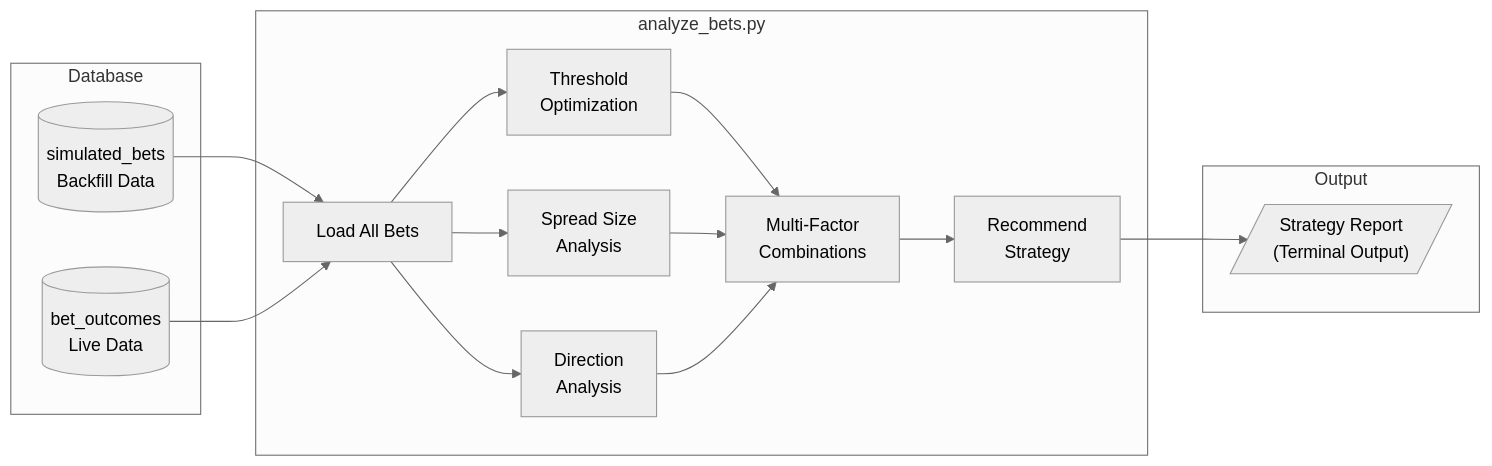
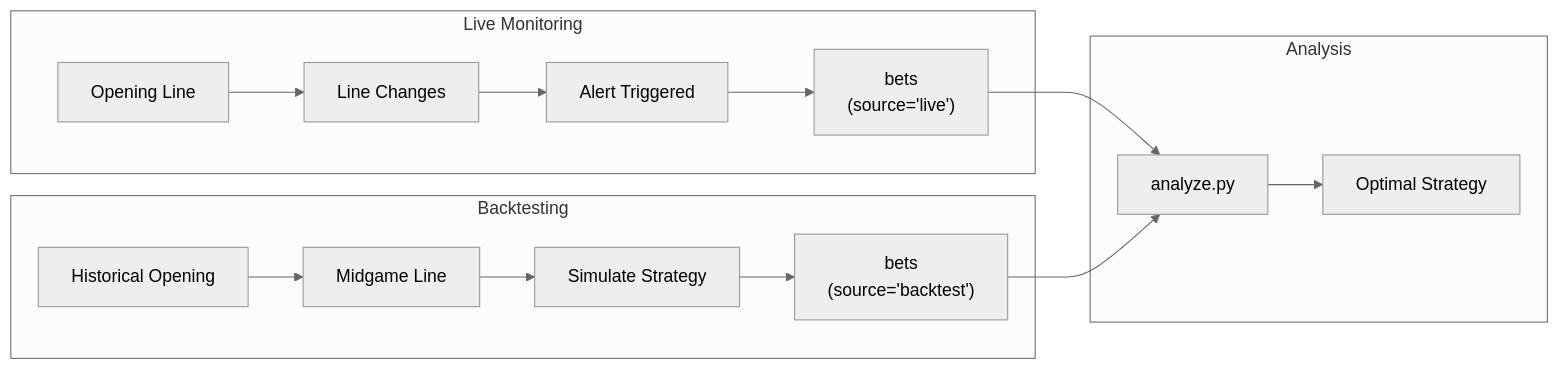
One commit to jordangalexander/live-odds-monitor changed the second of 3 diagrams in docs/database/data-flow.md. Above: the diagram before and after it, drawn with Mermaid (neutral theme). The commit also changed other lines of this file and 8 other files, not shown here.

````diff
--- a/docs/database/data-flow.md
+++ b/docs/database/data-flow.md
@@ -119,31 +46,20 @@
 ```mermaid
 flowchart LR
-    subgraph Database
-        SB[(simulated_bets\nBackfill Data)]
-        BO[(bet_outcomes\nLive Data)]
+    subgraph Live["Live Monitoring"]
+        LO[Opening Line] --> LC[Line Changes]
+        LC --> LA[Alert Triggered]
+        LA --> LB["bets\n(source='live')"]
     end
-
-    subgraph Analysis["analyze_bets.py"]
-        LOAD[Load All Bets]
-        TH[Threshold\nOptimization]
-        SS[Spread Size\nAnalysis]
-        DIR[Direction\nAnalysis]
-        MF[Multi-Factor\nCombinations]
-        REC[Recommend\nStrategy]
+    
+    subgraph Backtest["Backtesting"]
+        HO[Historical Opening] --> HM[Midgame Line]
+        HM --> HS[Simulate Strategy]
+        HS --> BB["bets\n(source='backtest')"]
     end
-
-    subgraph Output
-        REPORT[/"Strategy Report\n(Terminal Output)"/]
+    
+    subgraph Analysis
+        LB --> AN[analyze.py]
+        BB --> AN
+        AN --> REC[Optimal Strategy]
     end
-
-    SB --> LOAD
-    BO --> LOAD
-    LOAD --> TH
-    LOAD --> SS
-    LOAD --> DIR
-    TH --> MF
-    SS --> MF
-    DIR --> MF
-    MF --> REC
-    REC --> REPORT
 ```
````
